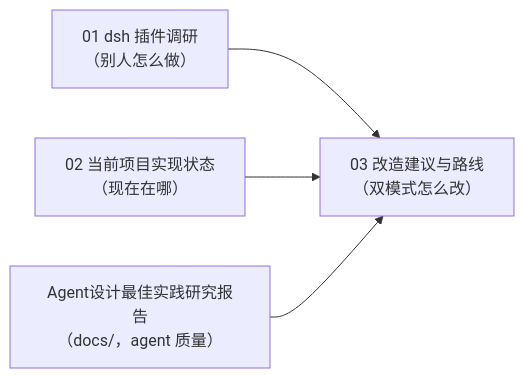
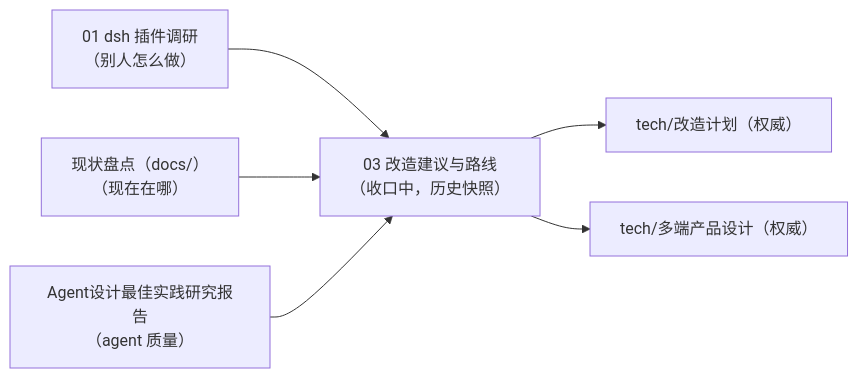
Before and after one commit to IsKenKenYa/KenFutWork: the third of 3 diagrams in docs/future/03-改造建议与路线.md, drawn with Mermaid. The commit also changed other lines of this file and 6 other files, not shown here.

````diff
--- a/docs/future/03-改造建议与路线.md
+++ b/docs/future/03-改造建议与路线.md
@@ -234,6 +237,8 @@
 ```mermaid
 graph LR
-    D01["01 dsh 插件调研<br/>（别人怎么做）"] --> D03["03 改造建议与路线<br/>（双模式怎么改）"]
-    D02["02 当前项目实现状态<br/>（现在在哪）"] --> D03
-    DAR["Agent设计最佳实践研究报告<br/>（docs/，agent 质量）"] --> D03
+    D01["01 dsh 插件调研<br/>（别人怎么做）"] --> D03["03 改造建议与路线<br/>（收口中，历史快照）"]
+    D02["现状盘点（docs/）<br/>（现在在哪）"] --> D03
+    DAR["Agent设计最佳实践研究报告<br/>（agent 质量）"] --> D03
+    D03 --> PLAN["tech/改造计划（权威）"]
+    D03 --> MULTI["tech/多端产品设计（权威）"]
 ```
````
